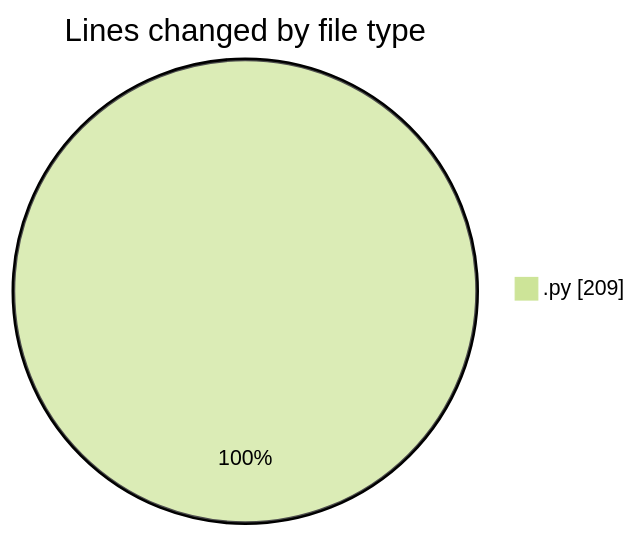
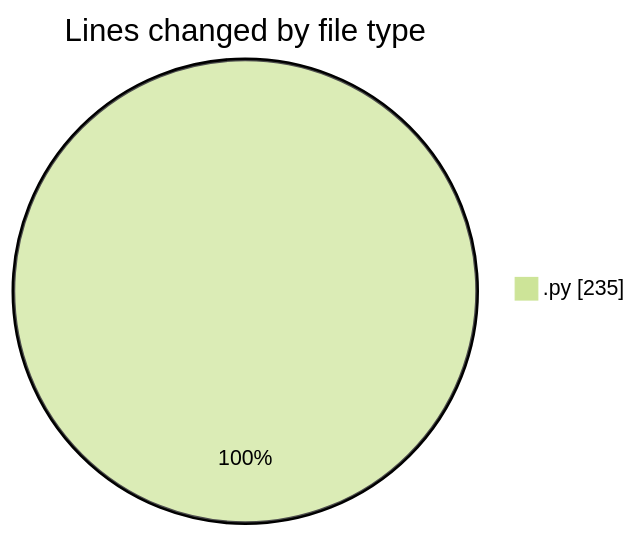
One commit to MatusMokan/code-tracking changed the first of 2 diagrams in 2026-01-21/testtrexima/README.md. Above: the diagram before and after it, drawn with Mermaid (forest theme). The commit also changed other lines of this file and 1 other file, not shown here.

````diff
--- a/2026-01-21/testtrexima/README.md
+++ b/2026-01-21/testtrexima/README.md
@@ -20,5 +20,5 @@
 ```mermaid
 pie showData
 title Lines changed by file type
-".py" : 209
+".py" : 235
 ```
````
